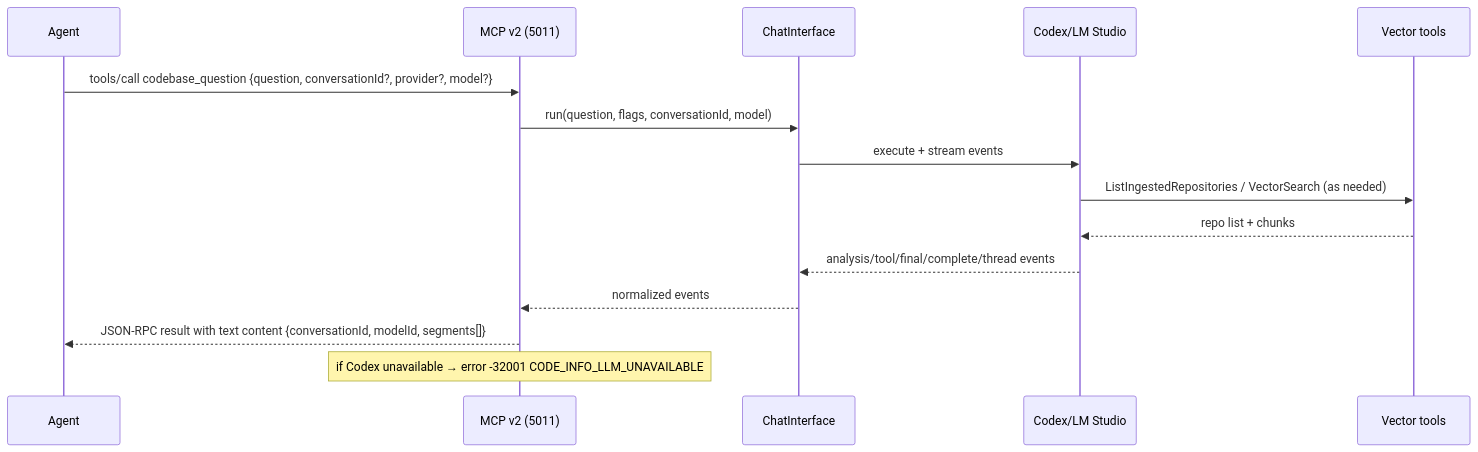
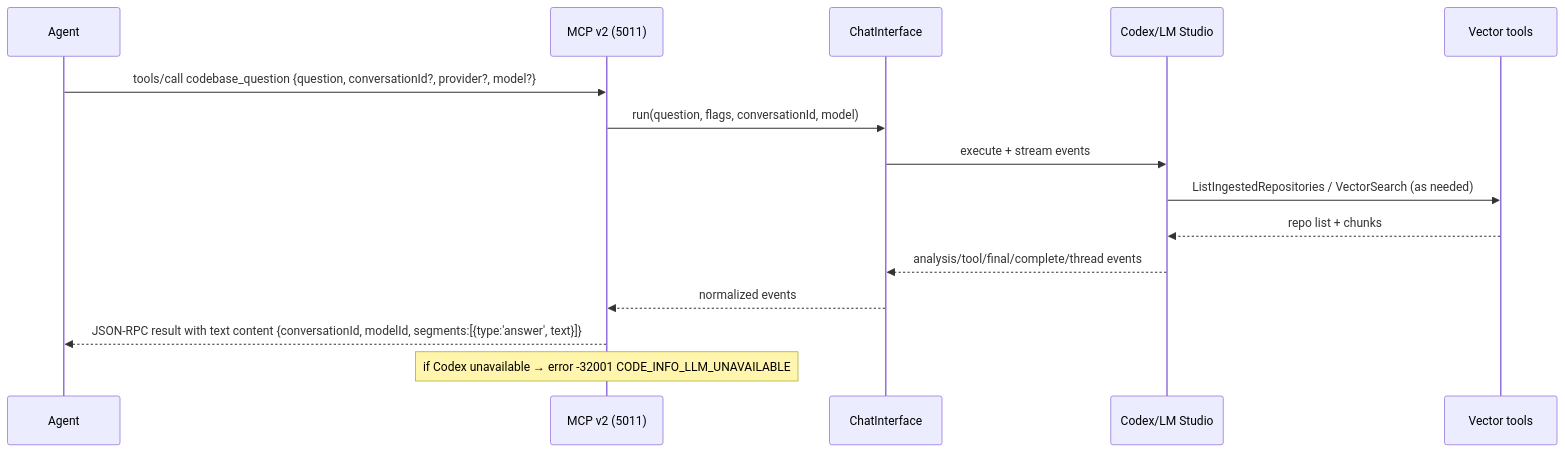
Before and after one commit to Chargeuk/codeInfo2: diagram 49 of 57 in design.md, drawn with Mermaid. The commit also changed other lines of this file and 5 other files, not shown here.

````diff
--- a/design.md
+++ b/design.md
@@ -1346,18 +1346,18 @@
 ```mermaid
 sequenceDiagram
   participant Agent
   participant MCP2 as MCP v2 (5011)
   participant Chat as ChatInterface
   participant Provider as Codex/LM Studio
   participant Tools as Vector tools
 
   Agent->>MCP2: tools/call codebase_question {question, conversationId?, provider?, model?}
   MCP2->>Chat: run(question, flags, conversationId, model)
   Chat->>Provider: execute + stream events
   Provider->>Tools: ListIngestedRepositories / VectorSearch (as needed)
   Tools-->>Provider: repo list + chunks
   Provider-->>Chat: analysis/tool/final/complete/thread events
   Chat-->>MCP2: normalized events
-  MCP2-->>Agent: JSON-RPC result with text content {conversationId, modelId, segments[]}
+  MCP2-->>Agent: JSON-RPC result with text content {conversationId, modelId, segments:[{type:'answer', text}]}
   Note over MCP2: if Codex unavailable → error -32001 CODE_INFO_LLM_UNAVAILABLE
 ```
````
